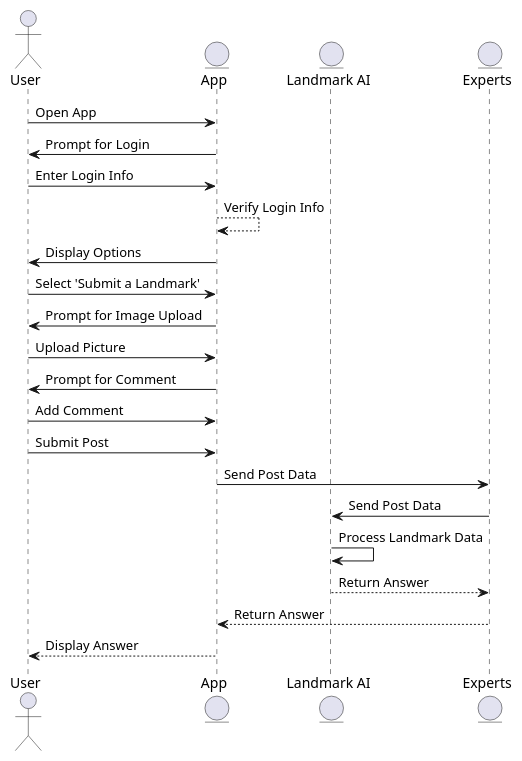
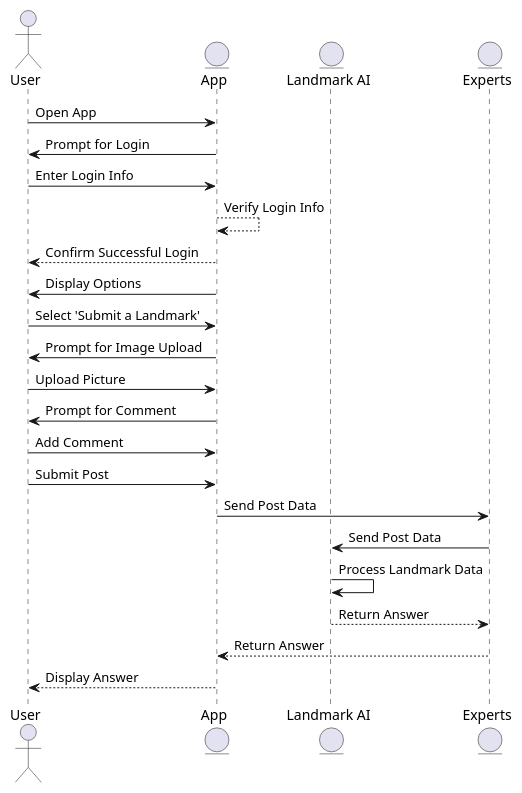
The diagram in sequence5.puml (MankaranRooprai/3a04-group-3), drawn with PlantUML before and after one commit. The commit also changed 4 other files, not shown here.

```diff
--- a/sequence5.puml
+++ b/sequence5.puml
@@ -1,26 +1,26 @@
 @startuml sequence5
 actor User
 entity App
 entity "Landmark AI" as LandmarkAI
-'entity "Customer Support" as Support
 entity Experts
 
 User -> App : Open App
 App -> User : Prompt for Login
 User -> App : Enter Login Info
 App --> App : Verify Login Info
+App --> User: Confirm Successful Login
 App -> User : Display Options
 User -> App : Select 'Submit a Landmark'
 App -> User : Prompt for Image Upload
 User -> App : Upload Picture
 App -> User : Prompt for Comment
 User -> App : Add Comment
 User -> App : Submit Post
 App -> Experts : Send Post Data
 Experts -> LandmarkAI : Send Post Data
 LandmarkAI -> LandmarkAI : Process Landmark Data
 LandmarkAI --> Experts : Return Answer
 Experts --> App : Return Answer
 App --> User : Display Answer
 
 @enduml
```
